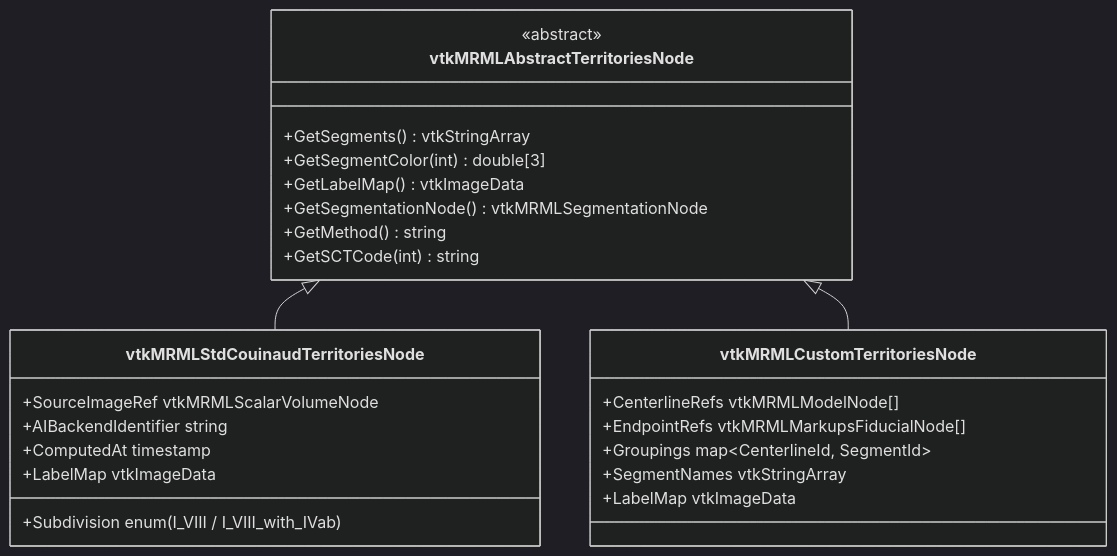
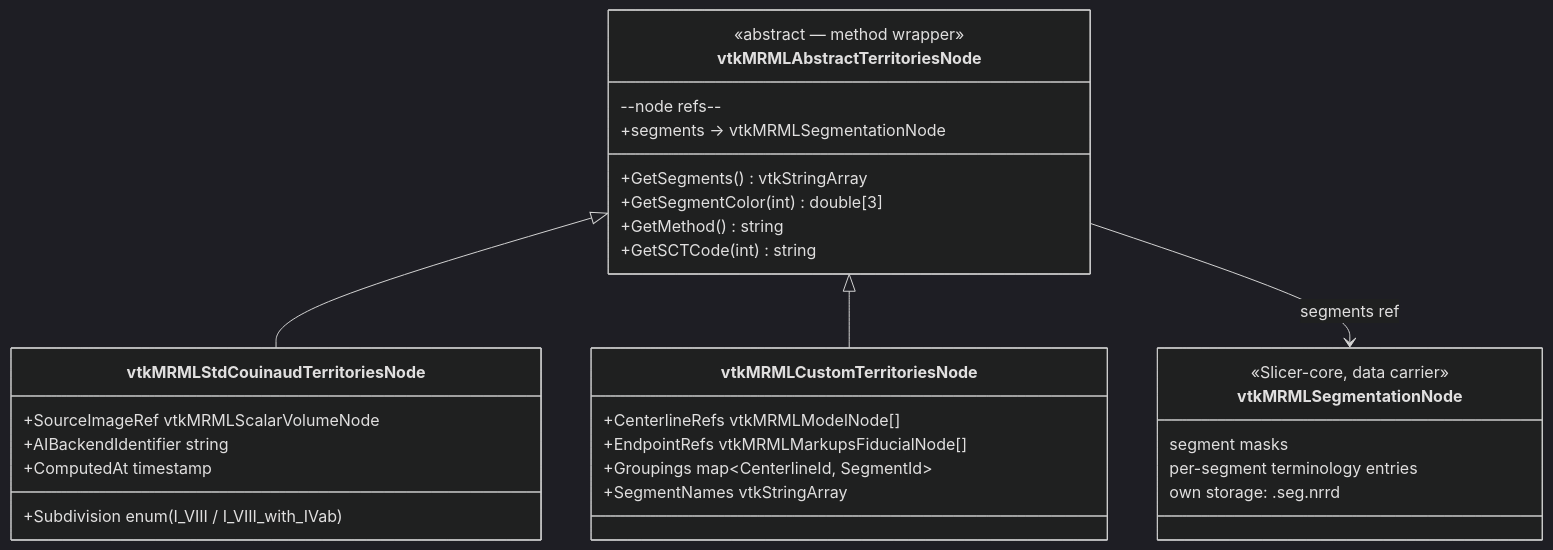
The diagram in Docs/architecture/territories-class-hierarchy.md (ALive-research/Slicer-Liver), drawn with Mermaid (dark theme) before and after one commit. The commit also changed other lines of this file and 2 other files, not shown here.

First line of the commit message:
DOC: Update architecture diagrams to reflect wrapper-vs-carrier amendments

````diff
--- a/Docs/architecture/territories-class-hierarchy.md
+++ b/Docs/architecture/territories-class-hierarchy.md
@@ -16,33 +16,39 @@
 ```mermaid
 classDiagram
     direction TB
 
+    class vtkMRMLSegmentationNode {
+        <<Slicer-core, data carrier>>
+        segment masks
+        per-segment terminology entries
+        own storage: .seg.nrrd
+    }
+
     class vtkMRMLAbstractTerritoriesNode {
-        <<abstract>>
+        <<abstract — method wrapper>>
         +GetSegments() vtkStringArray
         +GetSegmentColor(int) double[3]
-        +GetLabelMap() vtkImageData
-        +GetSegmentationNode() vtkMRMLSegmentationNode
         +GetMethod() string
         +GetSCTCode(int) string
+        --node refs--
+        +segments → vtkMRMLSegmentationNode
     }
 
     class vtkMRMLStdCouinaudTerritoriesNode {
         +SourceImageRef vtkMRMLScalarVolumeNode
         +AIBackendIdentifier string
         +Subdivision enum (I_VIII / I_VIII_with_IVab)
         +ComputedAt timestamp
-        +LabelMap vtkImageData
     }
 
     class vtkMRMLCustomTerritoriesNode {
         +CenterlineRefs vtkMRMLModelNode[]
         +EndpointRefs vtkMRMLMarkupsFiducialNode[]
         +Groupings map~CenterlineId, SegmentId~
         +SegmentNames vtkStringArray
-        +LabelMap vtkImageData
     }
 
     vtkMRMLAbstractTerritoriesNode <|-- vtkMRMLStdCouinaudTerritoriesNode
     vtkMRMLAbstractTerritoriesNode <|-- vtkMRMLCustomTerritoriesNode
+    vtkMRMLAbstractTerritoriesNode --> vtkMRMLSegmentationNode : segments ref
 ```
````
